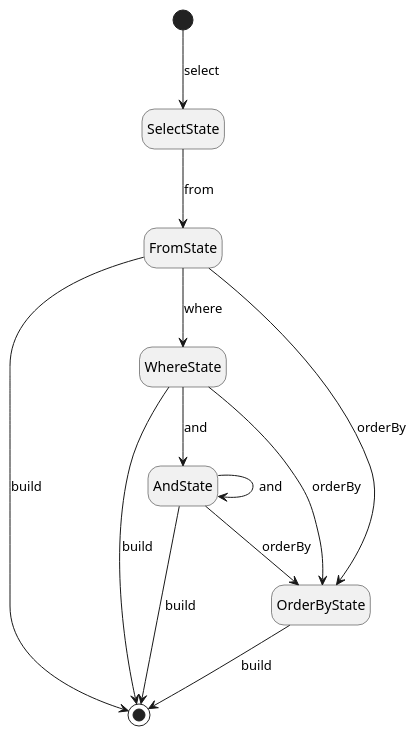
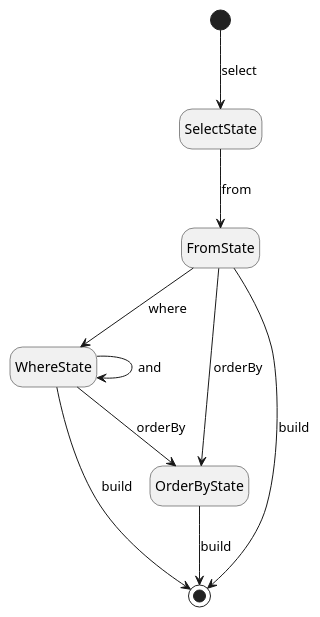
Before and after one commit to colbs255/tech-blog: the diagram in content/sql-query-state-diagram.puml, drawn with PlantUML. The commit also changed 1 other file, not shown here.

```diff
--- a/content/sql-query-state-diagram.puml
+++ b/content/sql-query-state-diagram.puml
@@ -1,17 +1,14 @@
 @startuml
 hide empty description
 [*] --> SelectState: select
 
 SelectState --> FromState: from
 FromState --> WhereState: where
 FromState --> OrderByState: orderBy
 WhereState --> OrderByState: orderBy
-WhereState --> AndState: and
-AndState --> AndState: and
-AndState --> OrderByState: orderBy
+WhereState --> WhereState: and
 
-AndState --> [*]: build
 FromState --> [*]: build
 WhereState --> [*]: build
 OrderByState --> [*]: build
 @enduml
```
